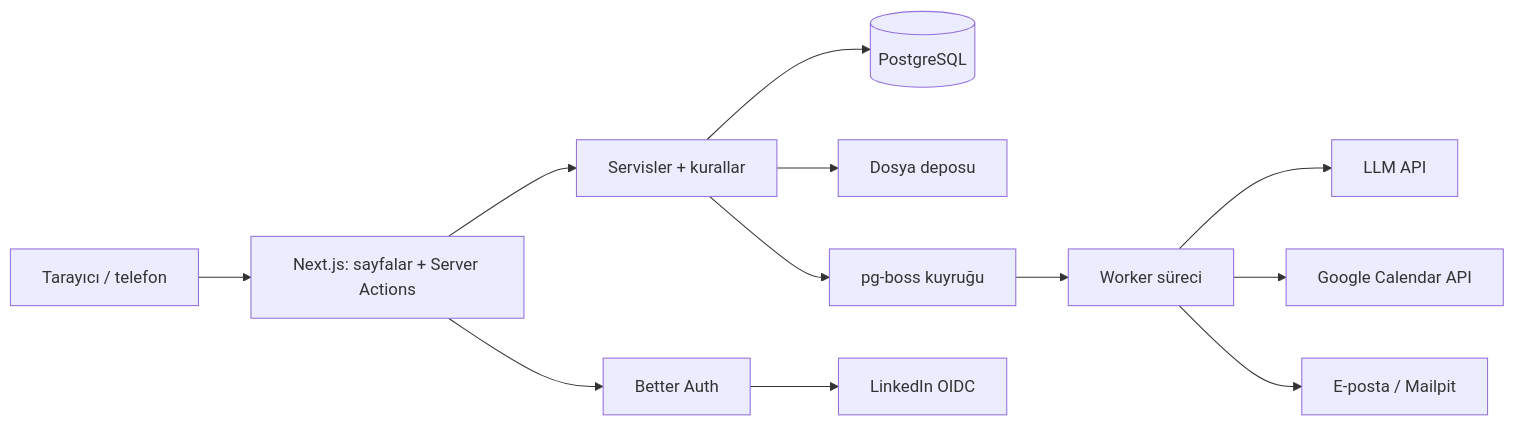
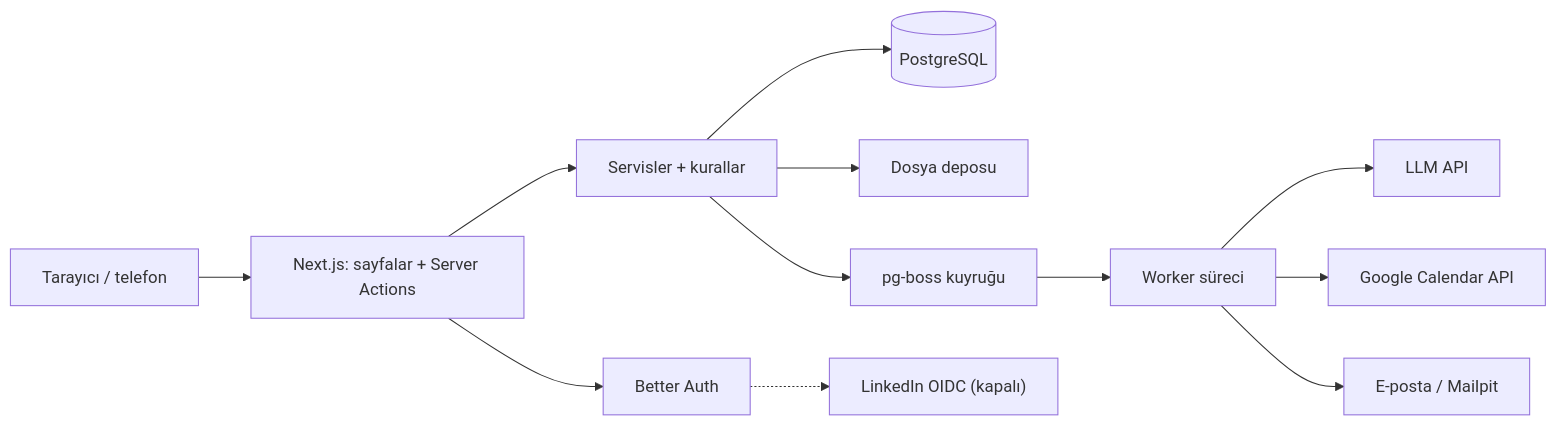
One commit to Misaki0808/mezunportal changed the diagram in docs/architecture.md. Above: the diagram before and after it, drawn with Mermaid. The commit also changed other lines of this file and 8 other files, not shown here.

````diff
--- a/docs/architecture.md
+++ b/docs/architecture.md
@@ -9,14 +9,14 @@
 ```mermaid
 flowchart LR
   U[Tarayıcı / telefon] --> W[Next.js: sayfalar + Server Actions]
   W --> S[Servisler + kurallar]
   S --> DB[(PostgreSQL)]
   S --> F[Dosya deposu]
   S --> Q[pg-boss kuyruğu]
   Q --> K[Worker süreci]
   K --> L[LLM API]
   K --> G[Google Calendar API]
   K --> M[E-posta / Mailpit]
   W --> A[Better Auth]
-  A --> LI[LinkedIn OIDC]
+  A -.-> LI["LinkedIn OIDC (kapalı)"]
 ```
````
